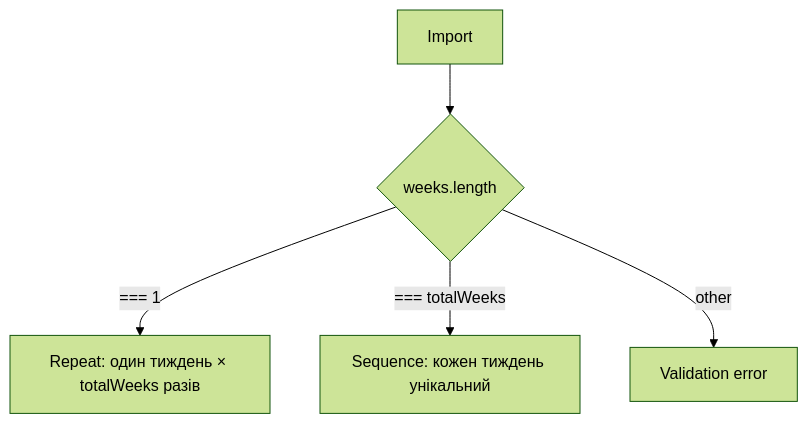
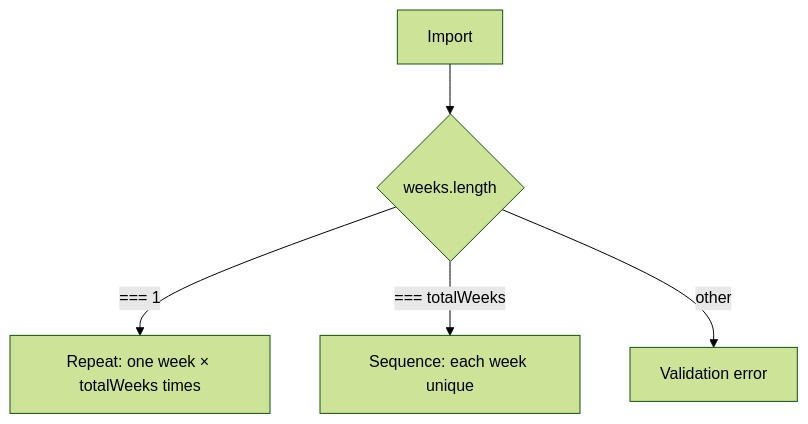
One commit to MaxKibets/kachka changed the second of 4 diagrams in docs/program-format.md. Above: the diagram before and after it, drawn with Mermaid (forest theme). The commit also changed other lines of this file and 15 other files, not shown here.

````diff
--- a/docs/program-format.md
+++ b/docs/program-format.md
@@ -91,8 +91,8 @@
 ```mermaid
 flowchart TB
     Start[Import]
     Start --> Check{weeks.length}
-    Check -->|=== 1| Repeat["Repeat: один тиждень × totalWeeks разів"]
-    Check -->|=== totalWeeks| Seq["Sequence: кожен тиждень унікальний"]
+    Check -->|=== 1| Repeat["Repeat: one week × totalWeeks times"]
+    Check -->|=== totalWeeks| Seq["Sequence: each week unique"]
     Check -->|other| Err[Validation error]
 ```
````
